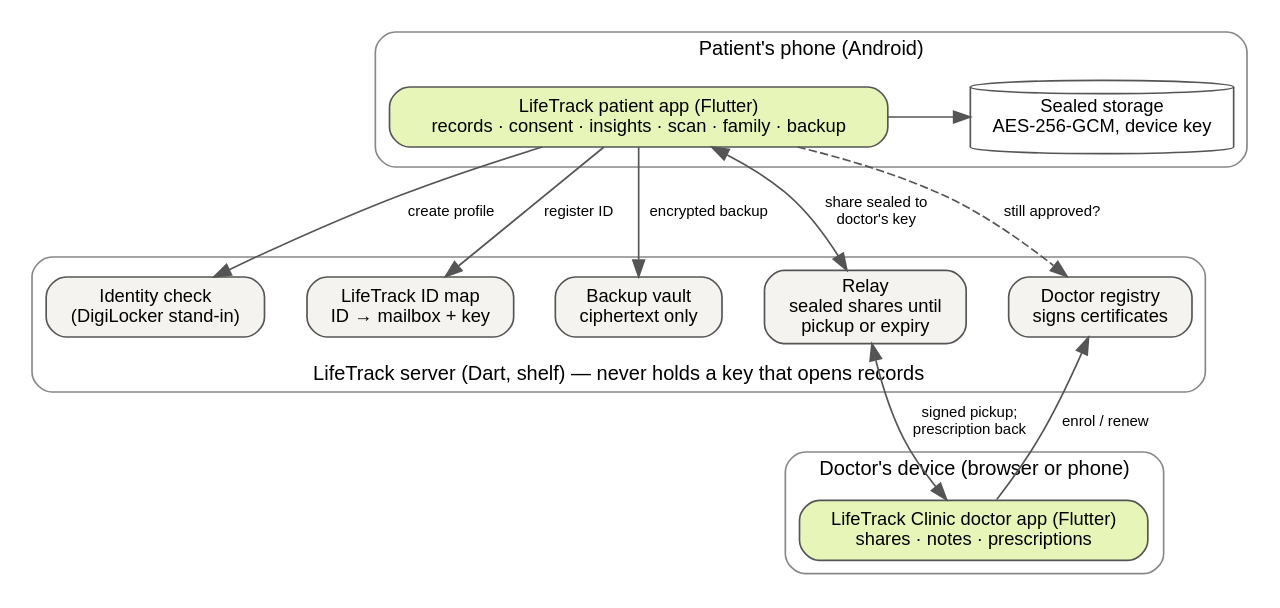
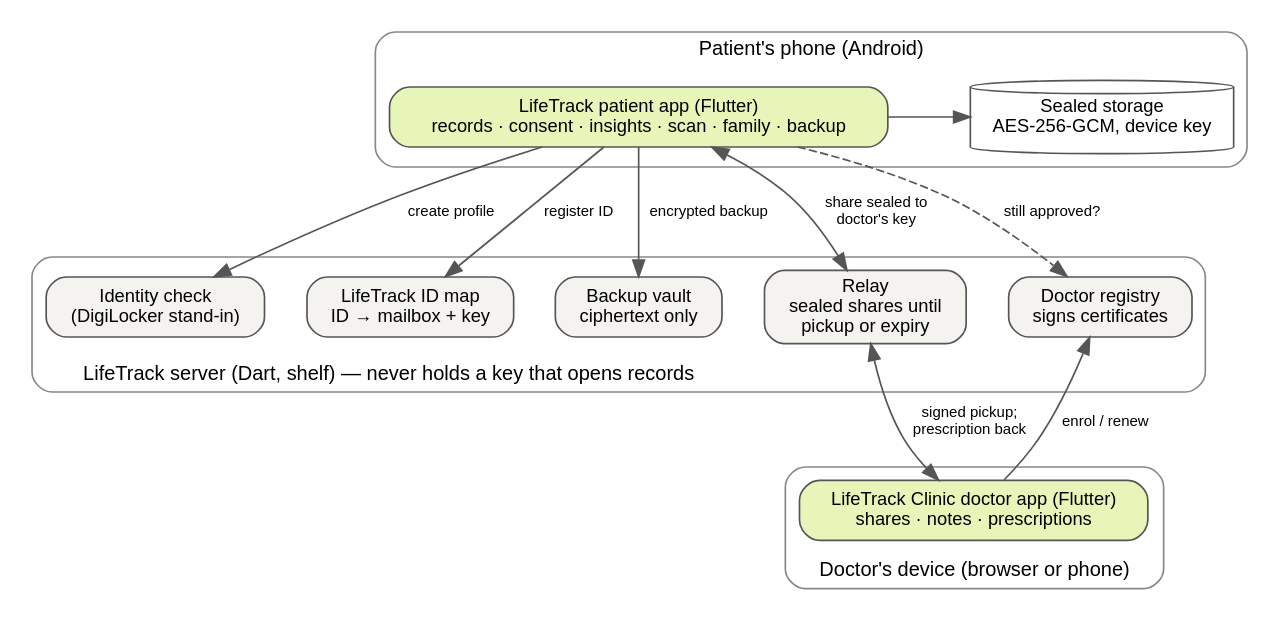
The diagram in docs/report/fig/arch.dot (anishraj2347-gif/lifetrack-health), drawn with Graphviz before and after one commit. The commit also changed 43 other files, not shown here.

First line of the commit message:
Patient 1.42.3, doctor 1.8.1: move to Windows server, code-review fixes

```diff
--- a/docs/report/fig/arch.dot
+++ b/docs/report/fig/arch.dot
@@ -1,11 +1,11 @@
 digraph G { rankdir=TB; bgcolor=white; newrank=true; fontname="Helvetica"; nodesep=0.35; ranksep=0.7; node[fontname="Helvetica",fontsize=11,shape=box,style="rounded,filled",fillcolor="#F4F3EF",color="#555555"]; edge[fontname="Helvetica",fontsize=9,color="#555555"];
 subgraph cluster_p { label="Patient's phone (Android)"; style="rounded"; color="#888888"; fontsize=12;
   pa[label="LifeTrack patient app (Flutter)\nrecords · consent · insights · scan · family · backup",fillcolor="#E8F5B8"];
   ps[label="Sealed storage\nAES-256-GCM, device key",shape=cylinder,fillcolor="#FFFFFF"]; pa -> ps; {rank=same; pa; ps;} }
-subgraph cluster_s { label="LifeTrack server (Dart, shelf) — never holds a key that opens records"; labelloc=b; style="rounded"; color="#888888"; fontsize=12;
+subgraph cluster_s { label="LifeTrack server (Dart, shelf) — never holds a key that opens records"; labelloc=b; labeljust=l; style="rounded"; color="#888888"; fontsize=12;
   idv[label="Identity check\n(DigiLocker stand-in)"]; ids[label="LifeTrack ID map\nID → mailbox + key"]; vault[label="Backup vault\nciphertext only"]; relay[label="Relay\nsealed shares until\npickup or expiry"]; reg[label="Doctor registry\nsigns certificates"]; }
-subgraph cluster_d { label="Doctor's device (browser or phone)"; style="rounded"; color="#888888"; fontsize=12;
+subgraph cluster_d { label="Doctor's device (browser or phone)"; labelloc=b; style="rounded"; color="#888888"; fontsize=12;
   da[label="LifeTrack Clinic doctor app (Flutter)\nshares · notes · prescriptions",fillcolor="#E8F5B8"]; }
 pa -> idv [label="create profile"]; pa -> ids [label="register ID"]; pa -> vault [label="encrypted backup"]; pa -> relay [label="share sealed to\ndoctor's key",dir=both]; pa -> reg [label="still approved?",style=dashed];
 relay -> da [label="signed pickup;\nprescription back",dir=both]; reg -> da [label="enrol / renew",dir=back];
  }
```
